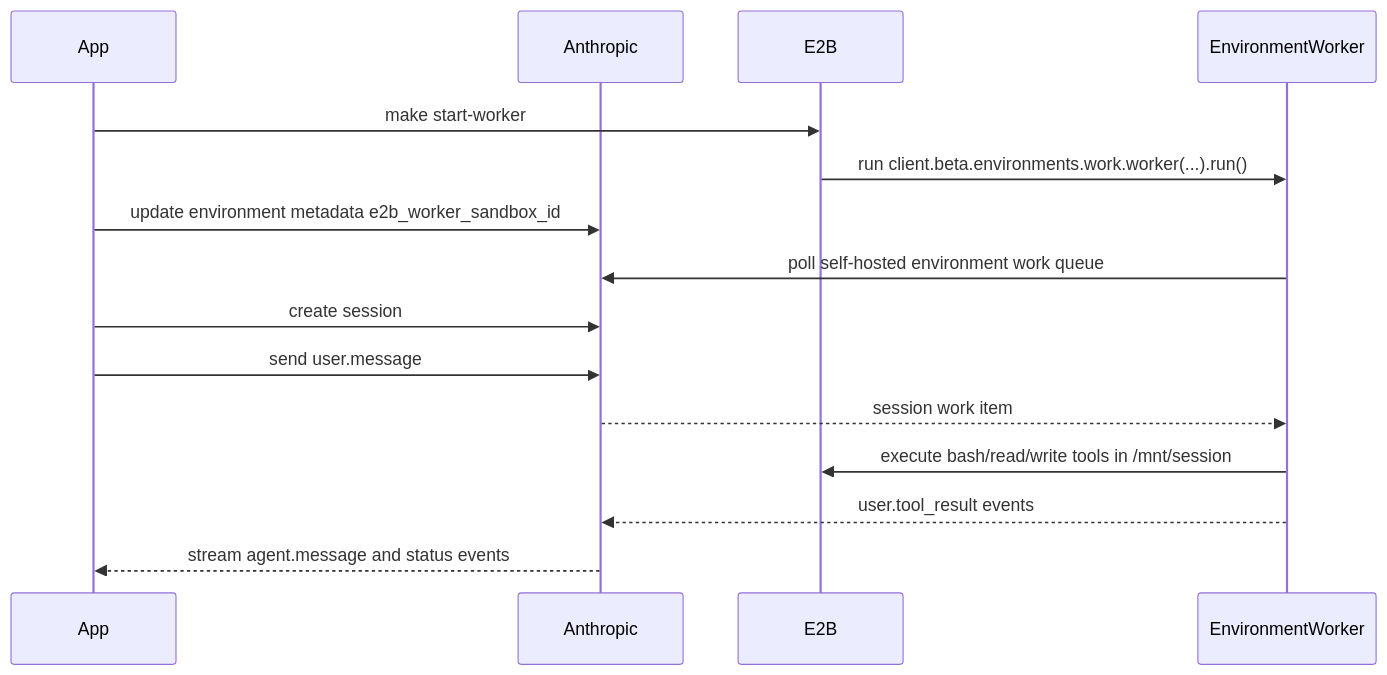
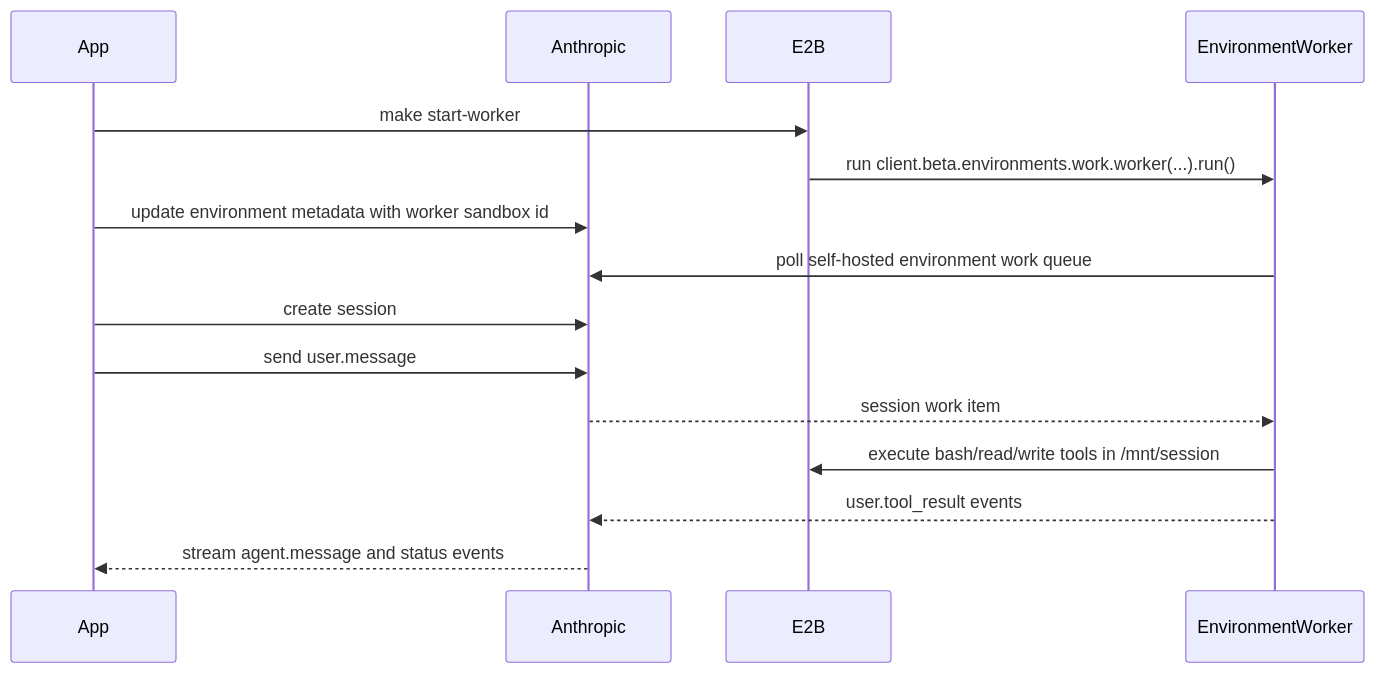
Before and after one commit to e2b-dev/e2b-cookbook: the first of 2 diagrams in examples/anthropic-managed-agents/javascript/EXAMPLE_USAGE.md, drawn with Mermaid. The commit also changed other lines of this file and 18 other files, not shown here.

````diff
--- a/examples/anthropic-managed-agents/javascript/EXAMPLE_USAGE.md
+++ b/examples/anthropic-managed-agents/javascript/EXAMPLE_USAGE.md
@@ -9,18 +9,18 @@
 ```mermaid
 sequenceDiagram
     participant App
     participant Anthropic
     participant E2B
     participant Worker as EnvironmentWorker
 
     App->>E2B: make start-worker
     E2B->>Worker: run client.beta.environments.work.worker(...).run()
-    App->>Anthropic: update environment metadata e2b_worker_sandbox_id
+    App->>Anthropic: update environment metadata with worker sandbox id
     Worker->>Anthropic: poll self-hosted environment work queue
     App->>Anthropic: create session
     App->>Anthropic: send user.message
     Anthropic-->>Worker: session work item
     Worker->>E2B: execute bash/read/write tools in /mnt/session
     Worker-->>Anthropic: user.tool_result events
     Anthropic-->>App: stream agent.message and status events
 ```
````
